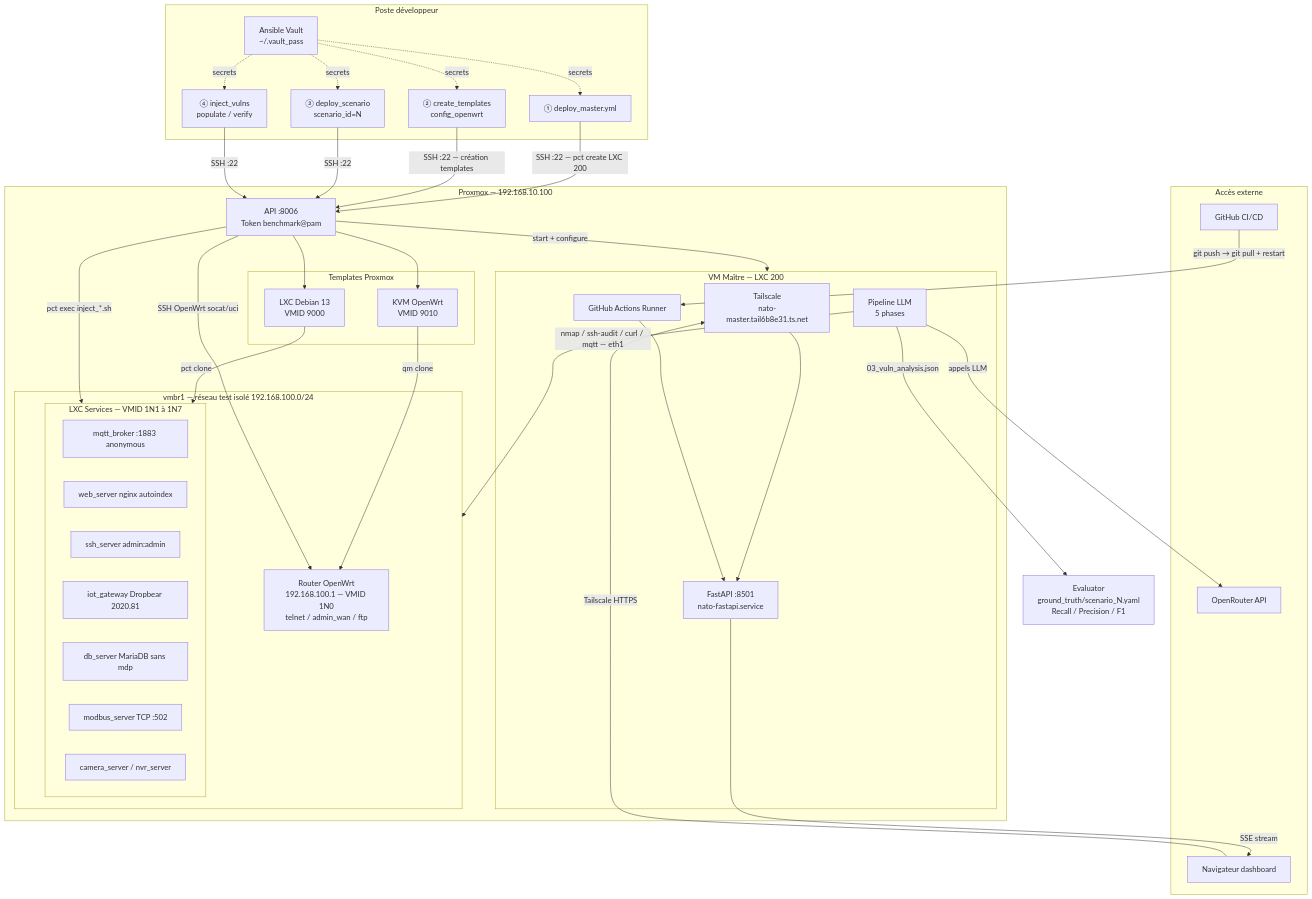
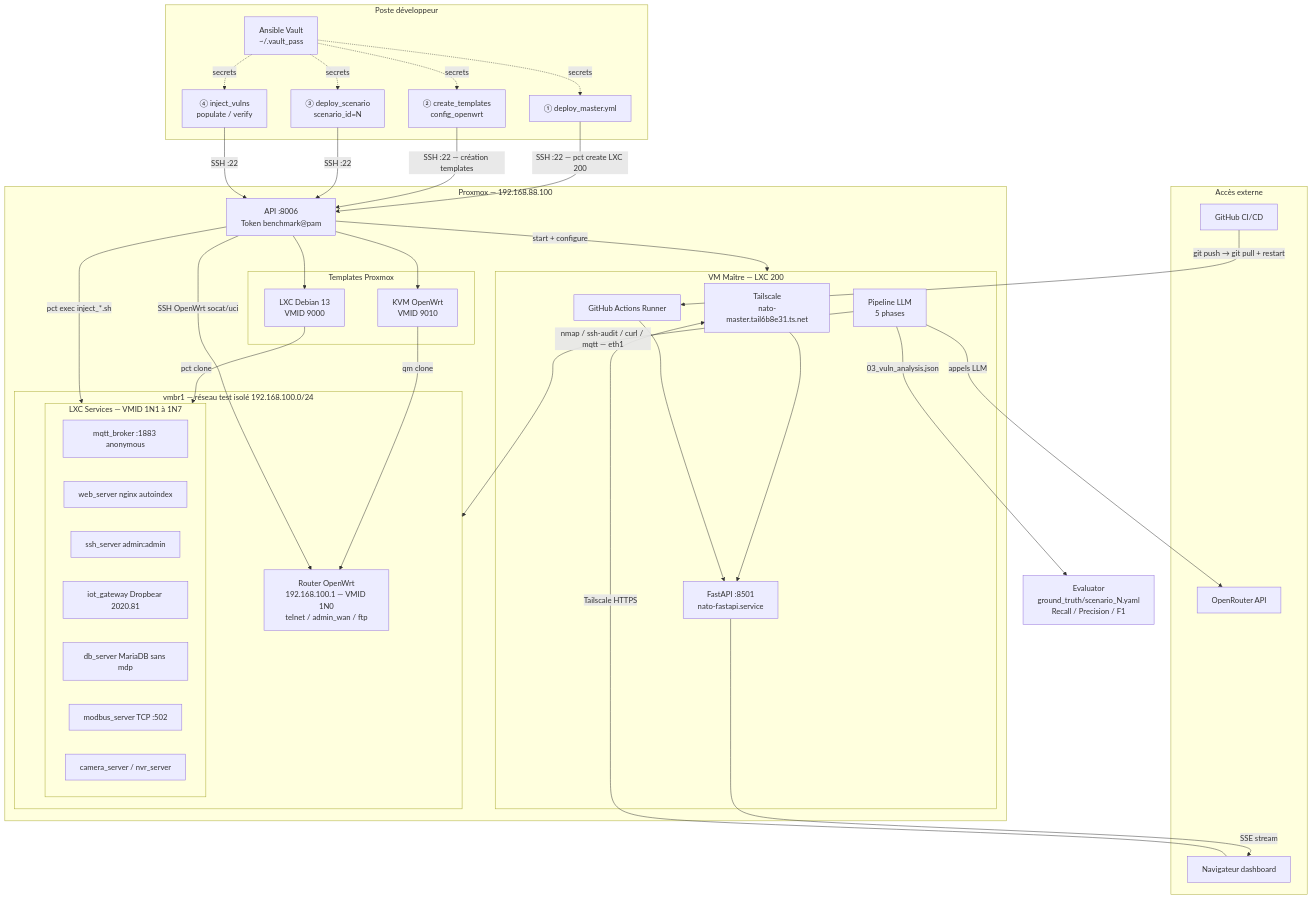
One commit to Tanguyvans/LANCE changed the diagram in benchmarks/README.md. Above: the diagram before and after it, drawn with Mermaid. The commit also changed 4 other files, not shown here.

````diff
--- a/benchmarks/README.md
+++ b/benchmarks/README.md
@@ -7,75 +7,75 @@
 ```mermaid
 flowchart TD
     subgraph PC["Poste développeur"]
         VAULT["Ansible Vault<br/>~/.vault_pass"]
         PB1["① deploy_master.yml"]
         PB2["② create_templates<br/>config_openwrt"]
         PB3["③ deploy_scenario<br/>scenario_id=N"]
         PB4["④ inject_vulns<br/>populate / verify"]
     end
 
-    subgraph PROX["Proxmox — 192.168.10.100"]
+    subgraph PROX["Proxmox — 192.168.88.100"]
         API["API :8006<br/>Token benchmark@pam"]
 
         subgraph TMPL["Templates Proxmox"]
             T_DEB["LXC Debian 13<br/>VMID 9000"]
             T_OPW["KVM OpenWrt<br/>VMID 9010"]
         end
 
         subgraph LXC200["VM Maître — LXC 200"]
             M_TS["Tailscale<br/>nato-master.tail6b8e31.ts.net"]
             M_FA["FastAPI :8501<br/>nato-fastapi.service"]
             M_GH["GitHub Actions Runner"]
             M_PIPE["Pipeline LLM<br/>5 phases"]
         end
 
         subgraph VMBR1["vmbr1 — réseau test isolé 192.168.100.0/24"]
             RT["Router OpenWrt<br/>192.168.100.1 — VMID 1N0<br/>telnet / admin_wan / ftp"]
             subgraph SVCS["LXC Services — VMID 1N1 à 1N7"]
                 SVC1["mqtt_broker :1883 anonymous"]
                 SVC2["web_server nginx autoindex"]
                 SVC3["ssh_server admin:admin"]
                 SVC4["iot_gateway Dropbear 2020.81"]
                 SVC5["db_server MariaDB sans mdp"]
                 SVC6["modbus_server TCP :502"]
                 SVC7["camera_server / nvr_server"]
             end
         end
     end
 
     subgraph EXT["Accès externe"]
         GITHUB["GitHub CI/CD"]
         LLM["OpenRouter API"]
         BROWSER["Navigateur dashboard"]
     end
 
     VAULT -.->|secrets| PB1
     VAULT -.->|secrets| PB2
     VAULT -.->|secrets| PB3
     VAULT -.->|secrets| PB4
 
     PB1 -->|"SSH :22 — pct create LXC 200"| API
     API -->|"start + configure"| LXC200
     PB2 -->|"SSH :22 — création templates"| API
     API --> T_DEB
     API --> T_OPW
 
     PB3 -->|"SSH :22"| API
     T_OPW -->|"qm clone"| RT
     T_DEB -->|"pct clone"| SVCS
 
     PB4 -->|"SSH :22"| API
     API -->|"pct exec inject_*.sh"| SVCS
     API -->|"SSH OpenWrt socat/uci"| RT
 
     M_PIPE -->|"nmap / ssh-audit / curl / mqtt — eth1"| VMBR1
     M_PIPE -->|"appels LLM"| LLM
     M_PIPE -->|"03_vuln_analysis.json"| EVAL["Evaluator<br/>ground_truth/scenario_N.yaml<br/>Recall / Precision / F1"]
 
     BROWSER -->|"Tailscale HTTPS"| M_TS
     M_TS --> M_FA
     M_FA -->|"SSE stream"| BROWSER
 
     GITHUB -->|"git push → git pull + restart"| M_GH
     M_GH --> M_FA
 ```
````
